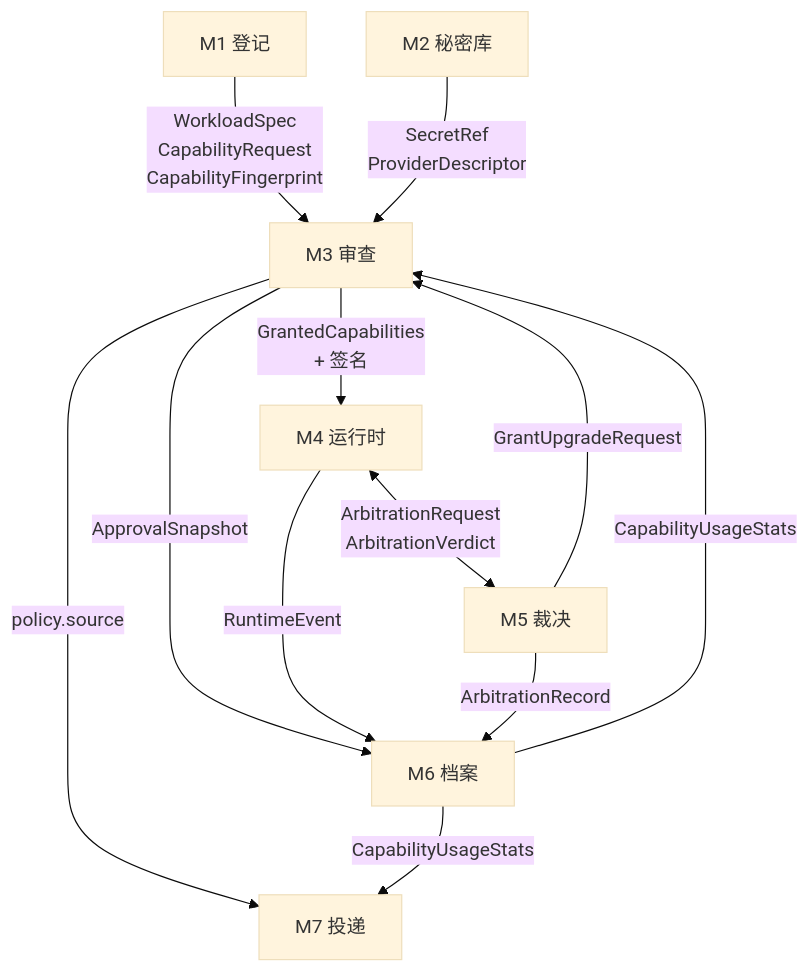
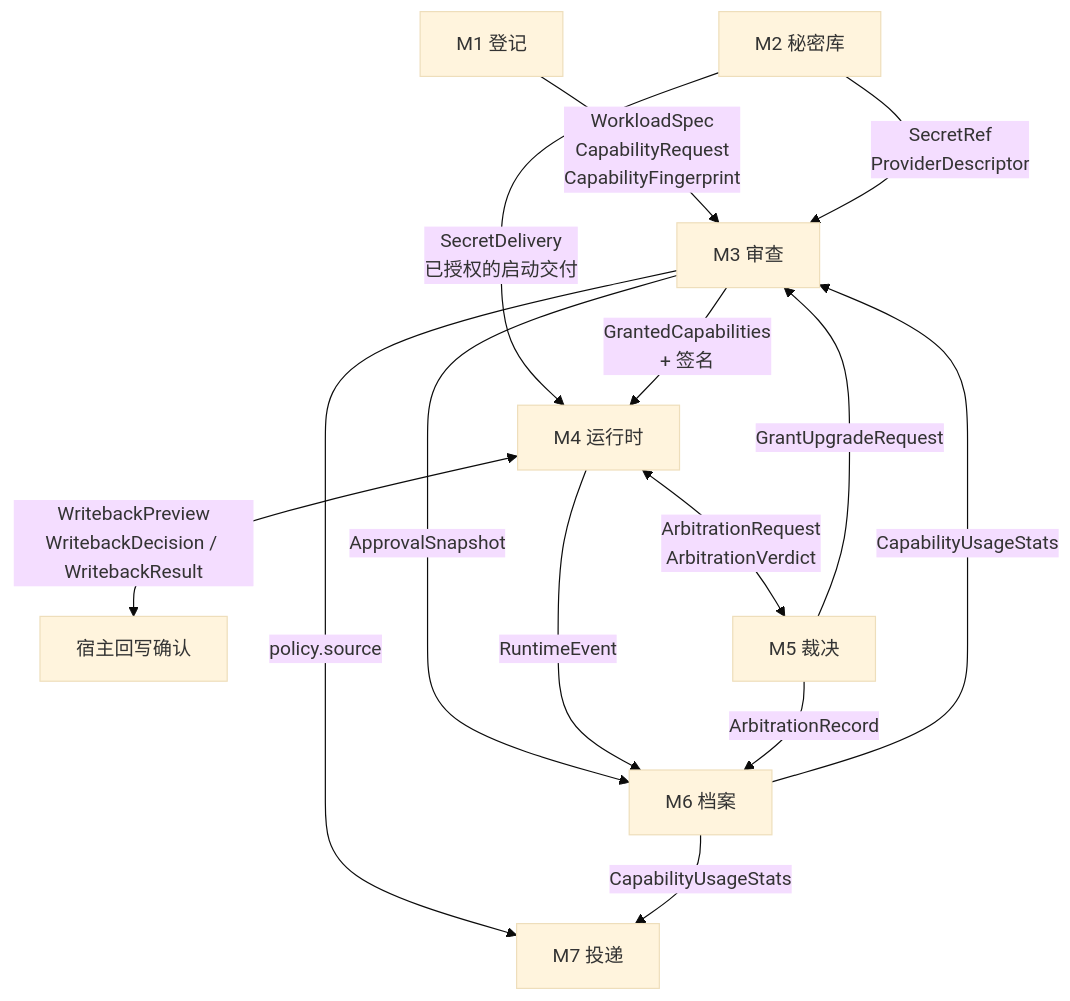
The second of 2 diagrams in docs/prd/desktop-sandbox/source/03-接口契约.md (mingmingtsao/mini-sandbox), drawn with Mermaid (base theme) before and after one commit. The commit also changed other lines of this file and 7 other files, not shown here.

Commit message:
docs: align authorization, secret delivery and safe writeback

````diff
--- a/docs/prd/desktop-sandbox/source/03-接口契约.md
+++ b/docs/prd/desktop-sandbox/source/03-接口契约.md
@@ -314,14 +320,16 @@
 ```mermaid
 flowchart TB
     M1[M1 登记] -->|WorkloadSpec<br/>CapabilityRequest<br/>CapabilityFingerprint| M3[M3 审查]
     M2[M2 秘密库] -->|SecretRef<br/>ProviderDescriptor| M3
+    M2 -->|SecretDelivery<br/>已授权的启动交付| M4
     M3 -->|GrantedCapabilities<br/>+ 签名| M4[M4 运行时]
+    M4 <-->|WritebackPreview<br/>WritebackDecision / WritebackResult| H[宿主回写确认]
     M3 -->|ApprovalSnapshot| M6[M6 档案]
     M3 -->|policy.source| M7[M7 投递]
     M4 <-->|ArbitrationRequest<br/>ArbitrationVerdict| M5[M5 裁决]
     M5 -->|GrantUpgradeRequest| M3
     M4 -->|RuntimeEvent| M6
     M5 -->|ArbitrationRecord| M6
     M6 -->|CapabilityUsageStats| M7
     M6 -->|CapabilityUsageStats| M3
 ```
````
